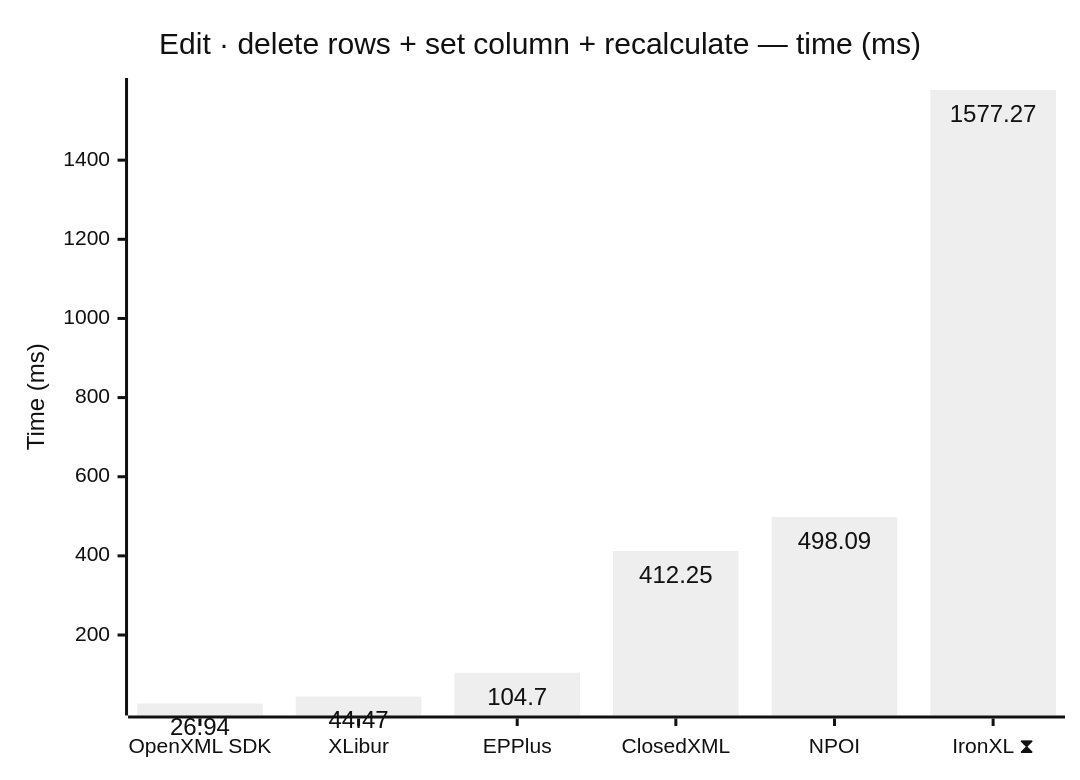
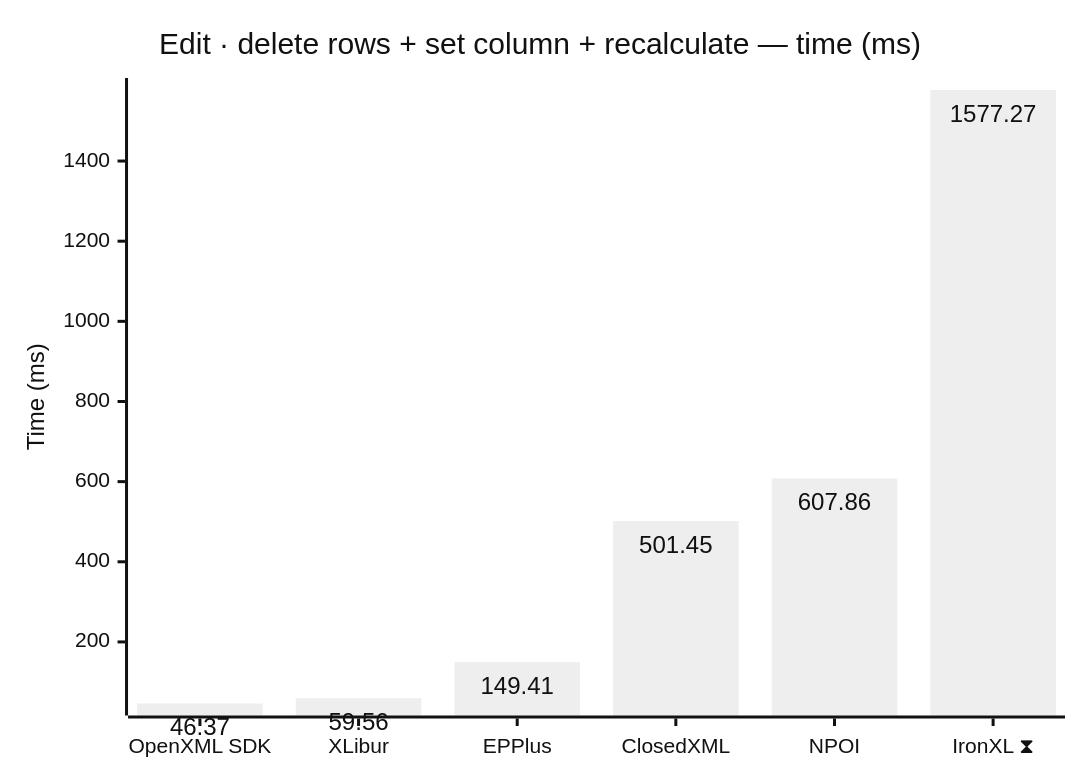
The ninth of 12 diagrams in docs/results-ci.md (jafin/XLBench), drawn with Mermaid (neutral theme) before and after one commit. The commit also changed other lines of this file, not shown here.

````diff
--- a/docs/results-ci.md
+++ b/docs/results-ci.md
@@ -145,12 +145,12 @@
 ```mermaid
 ---
 config:
   xyChart:
     showDataLabel: true
 ---
 xychart-beta
     title "Edit · delete rows + set column + recalculate — time (ms)"
     x-axis ["OpenXML SDK", "XLibur", "EPPlus", "ClosedXML", "NPOI", "IronXL ⧗"]
     y-axis "Time (ms)"
-    bar [26.94, 44.47, 104.7, 412.25, 498.09, 1577.27]
+    bar [46.37, 59.56, 149.41, 501.45, 607.86, 1577.27]
 ```
````
